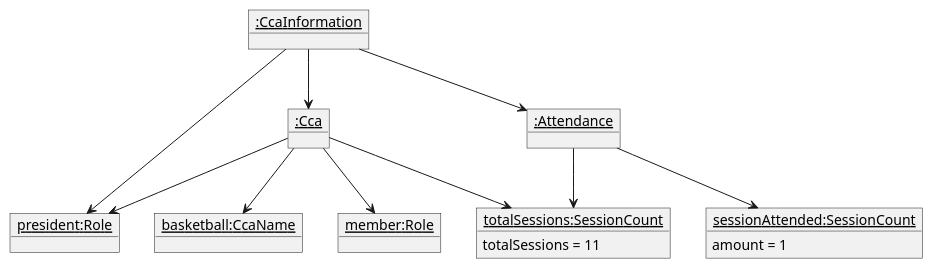
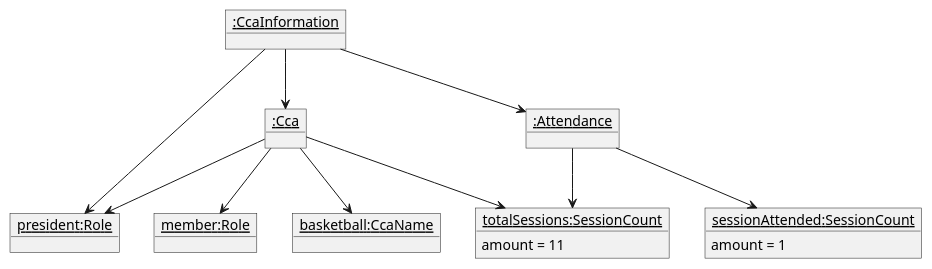
One commit to waylonggggg/tp changed the diagram in docs/diagrams/CcaInformationObjectDiagram.puml. Above: the diagram before and after it, drawn with PlantUML. The commit also changed 2 other files, not shown here.

Commit message:
Adjust the size of diagrams

```diff
--- a/docs/diagrams/CcaInformationObjectDiagram.puml
+++ b/docs/diagrams/CcaInformationObjectDiagram.puml
@@ -1,38 +1,39 @@
 @startuml
 
 object "<u>basketball:CcaName</u>" as ccaName {
 }
 
 object "<u>sessionAttended:SessionCount</u>" as sessionAttended {
   amount = 1
 }
 
 object "<u>totalSessions:SessionCount</u>" as totalSessions {
-  totalSessions = 11
+  amount = 11
 }
 
 object "<u>president:Role</u>" as president {
 }
 
 object "<u>member:Role</u>" as member {
 }
 
 object "<u>:Cca</u>" as basketballCca {
 }
 
 object "<u>:Attendance</u>" as attendance {
 }
 
 object "<u>:CcaInformation</u>" as ccaInformation {
 }
 
 ccaInformation --> president
 ccaInformation --> attendance
 ccaInformation --> basketballCca
 basketballCca --> ccaName
 basketballCca --> totalSessions
 basketballCca --> president
 basketballCca --> member
 attendance --> totalSessions
 attendance --> sessionAttended
+member -[hidden]left-> president
 @enduml
```
